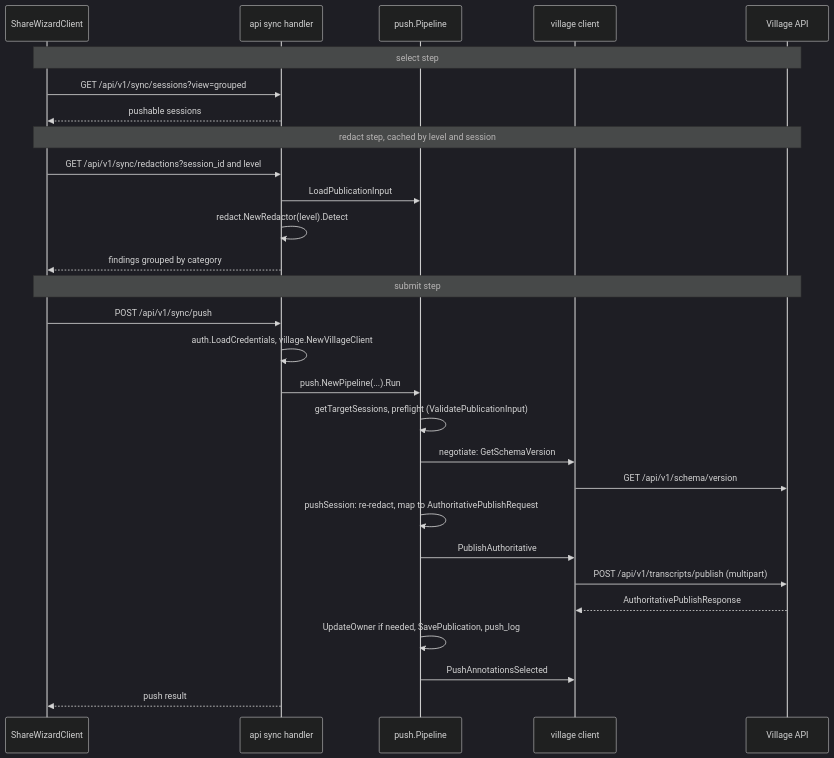
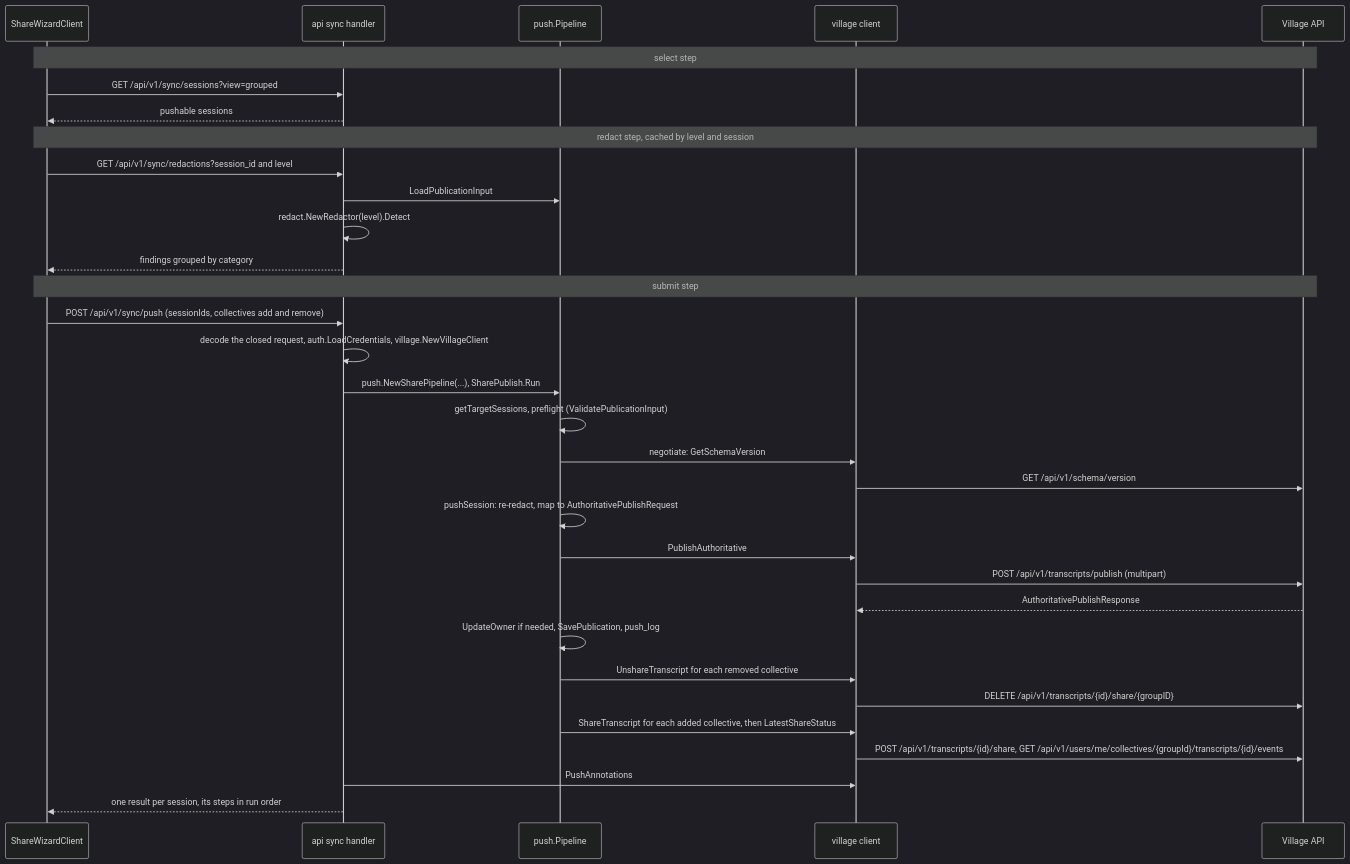
Diagram 15 of 19 in docs/architecture.md (peasant-labs/peasant), drawn with Mermaid (dark theme) before and after one commit. The commit also changed 56 other files, not shown here.

First line of the commit message:
feat(api): collective targets, proxy reads, and publication status for the local web (#521)

````diff
--- a/docs/architecture.md
+++ b/docs/architecture.md
@@ -571,30 +571,34 @@
 ```mermaid
 sequenceDiagram
   participant wiz as ShareWizardClient
   participant sh as api sync handler
   participant push as push.Pipeline
   participant vc as village client
   participant vapi as Village API
   Note over wiz,vapi: select step
   wiz->>sh: GET /api/v1/sync/sessions?view=grouped
   sh-->>wiz: pushable sessions
   Note over wiz,vapi: redact step, cached by level and session
   wiz->>sh: GET /api/v1/sync/redactions?session_id and level
   sh->>push: LoadPublicationInput
   sh->>sh: redact.NewRedactor(level).Detect
   sh-->>wiz: findings grouped by category
   Note over wiz,vapi: submit step
-  wiz->>sh: POST /api/v1/sync/push
-  sh->>sh: auth.LoadCredentials, village.NewVillageClient
-  sh->>push: push.NewPipeline(...).Run
+  wiz->>sh: POST /api/v1/sync/push (sessionIds, collectives add and remove)
+  sh->>sh: decode the closed request, auth.LoadCredentials, village.NewVillageClient
+  sh->>push: push.NewSharePipeline(...), SharePublish.Run
   push->>push: getTargetSessions, preflight (ValidatePublicationInput)
   push->>vc: negotiate: GetSchemaVersion
   vc->>vapi: GET /api/v1/schema/version
   push->>push: pushSession: re-redact, map to AuthoritativePublishRequest
   push->>vc: PublishAuthoritative
   vc->>vapi: POST /api/v1/transcripts/publish (multipart)
   vapi-->>vc: AuthoritativePublishResponse
   push->>push: UpdateOwner if needed, SavePublication, push_log
-  push->>vc: PushAnnotationsSelected
-  sh-->>wiz: push result
+  push->>vc: UnshareTranscript for each removed collective
+  vc->>vapi: DELETE /api/v1/transcripts/{id}/share/{groupID}
+  push->>vc: ShareTranscript for each added collective, then LatestShareStatus
+  vc->>vapi: POST /api/v1/transcripts/{id}/share, GET /api/v1/users/me/collectives/{groupId}/transcripts/{id}/events
+  sh->>vc: PushAnnotations
+  sh-->>wiz: one result per session, its steps in run order
 ```
````
